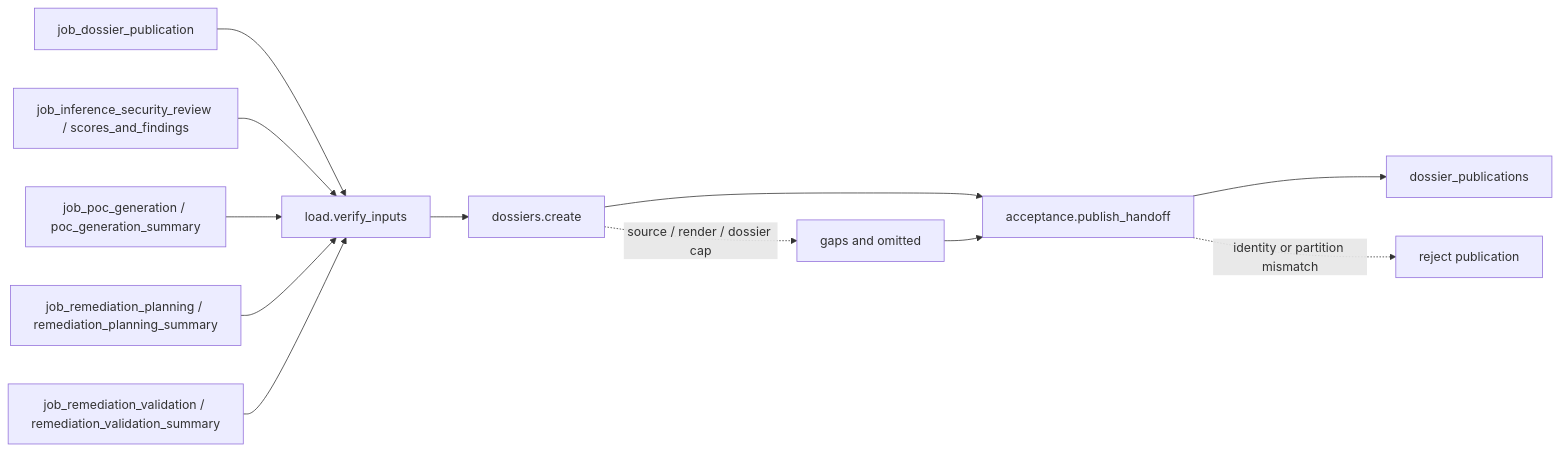
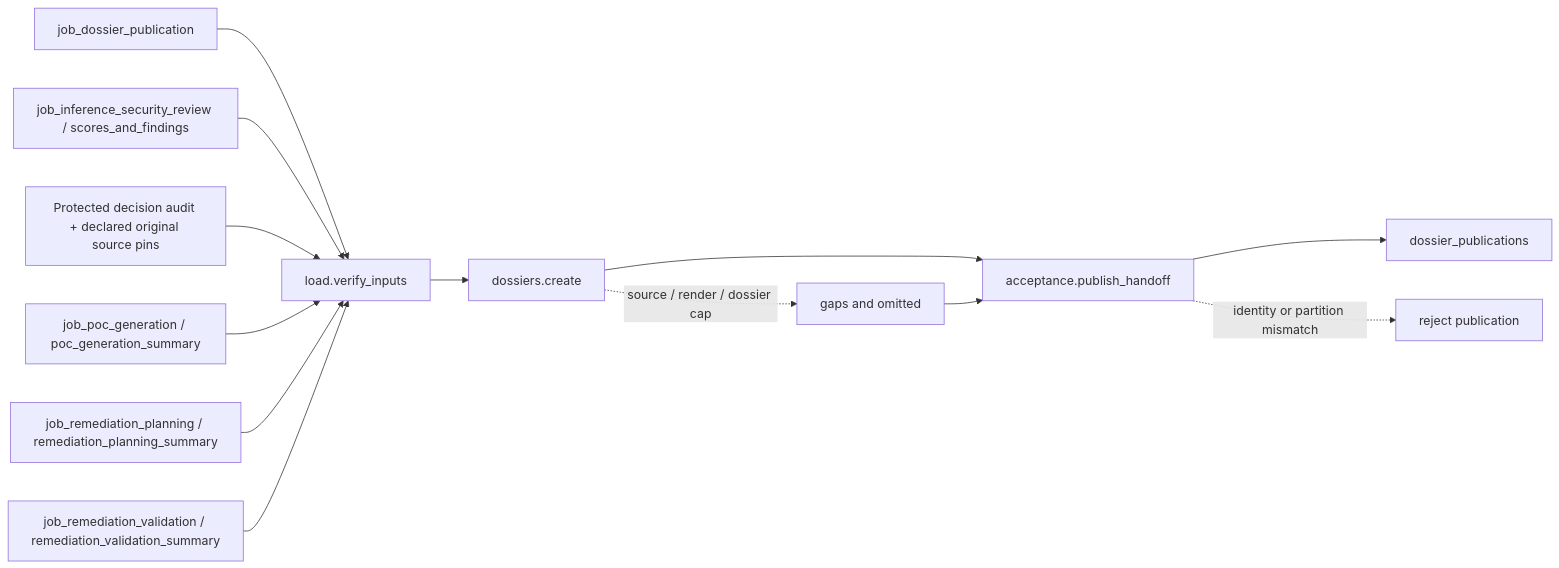
The second of 2 diagrams in docs/operations/job_dossier_publication.md (wsollers/appsec-review), drawn with Mermaid before and after one commit. The commit also changed other lines of this file and 10 other files, not shown here.

````diff
--- a/docs/operations/job_dossier_publication.md
+++ b/docs/operations/job_dossier_publication.md
@@ -561,14 +570,15 @@
 ```mermaid
 flowchart LR
   job["job_dossier_publication"] --> load["load.verify_inputs"]
   review["job_inference_security_review / scores_and_findings"] --> load
+  audit["Protected decision audit + declared original source pins"] --> load
   attachments["job_poc_generation / poc_generation_summary"] --> load
   remediation["job_remediation_planning / remediation_planning_summary"] --> load
   validation["job_remediation_validation / remediation_validation_summary"] --> load
   load --> create["dossiers.create"]
   create --> accept["acceptance.publish_handoff"]
   create -. "source / render / dossier cap" .-> gaps["gaps and omitted"]
   gaps --> accept
   accept --> out["dossier_publications"]
   accept -. "identity or partition mismatch" .-> reject["reject publication"]
 ```
````
